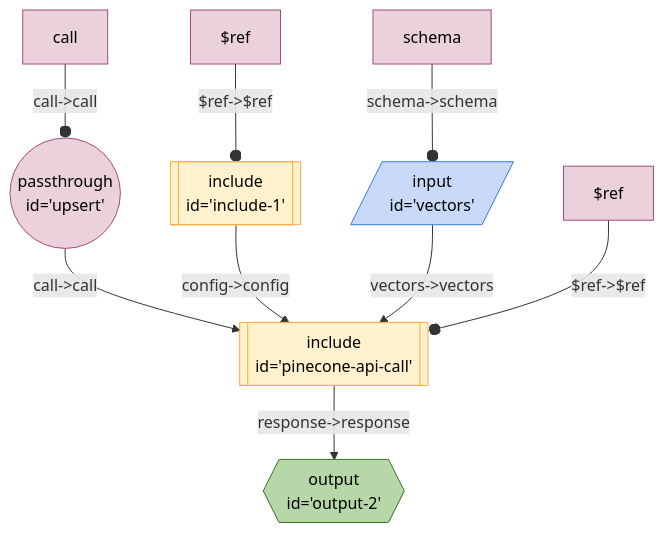
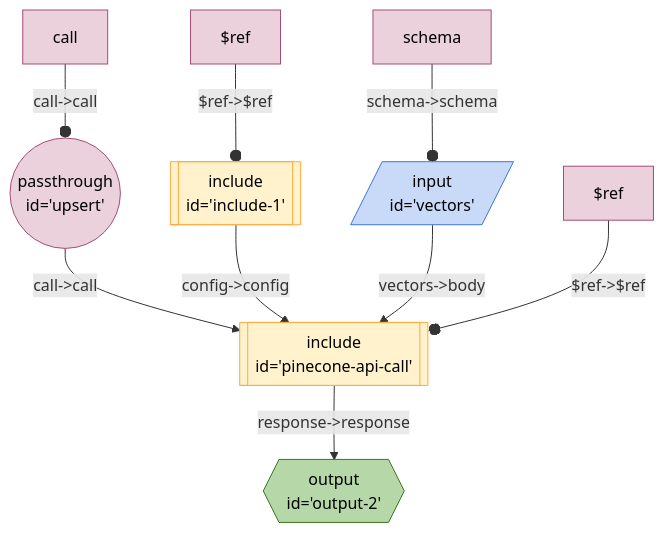
Before and after one commit to breadboard-ai/breadboard: the diagram in seeds/graph-playground/docs/graphs/pinecone-api-upsert.md, drawn with Mermaid. The commit also changed 2 other files, not shown here.

Commit message:
[graph-playground] Struggle with `pinecone-api-upsert` some more.

````diff
--- a/seeds/graph-playground/docs/graphs/pinecone-api-upsert.md
+++ b/seeds/graph-playground/docs/graphs/pinecone-api-upsert.md
@@ -5,20 +5,20 @@
   ```mermaid
   %%{init: 'themeVariables': { 'fontFamily': 'Fira Code, monospace' }}%%
 graph TD;
 upsert(("passthrough <br> id='upsert'")):::passthrough -- "call->call" --> pineconeapicall[["include <br> id='pinecone-api-call'"]]:::include
 include1[["include <br> id='include-1'"]]:::include -- "config->config" --> pineconeapicall[["include <br> id='pinecone-api-call'"]]:::include
 pineconeapicall[["include <br> id='pinecone-api-call'"]]:::include -- "response->response" --> output2{{"output <br> id='output-2'"}}:::output
-vectors[/"input <br> id='vectors'"/]:::input -- "vectors->vectors" --> pineconeapicall[["include <br> id='pinecone-api-call'"]]:::include
+vectors[/"input <br> id='vectors'"/]:::input -- "vectors->body" --> pineconeapicall[["include <br> id='pinecone-api-call'"]]:::include
 $refpineconeapicall[$ref]:::config -- "$ref->$ref" --o pineconeapicall
 callupsert[call]:::config -- "call->call" --o upsert
 $refinclude1[$ref]:::config -- "$ref->$ref" --o include1
 schemavectors[schema]:::config -- "schema->schema" --o vectors
 classDef default stroke:#ffab40,fill:#fff2ccff,color:#000
 classDef input stroke:#3c78d8,fill:#c9daf8ff,color:#000
 classDef output stroke:#38761d,fill:#b6d7a8ff,color:#000
 classDef passthrough stroke:#a64d79,fill:#ead1dcff,color:#000
 classDef slot stroke:#a64d79,fill:#ead1dcff,color:#000
 classDef config stroke:#a64d79,fill:#ead1dcff,color:#000
 classDef secrets stroke:#db4437,fill:#f4cccc,color:#000
 classDef slotted stroke:#a64d79
   ```
````
